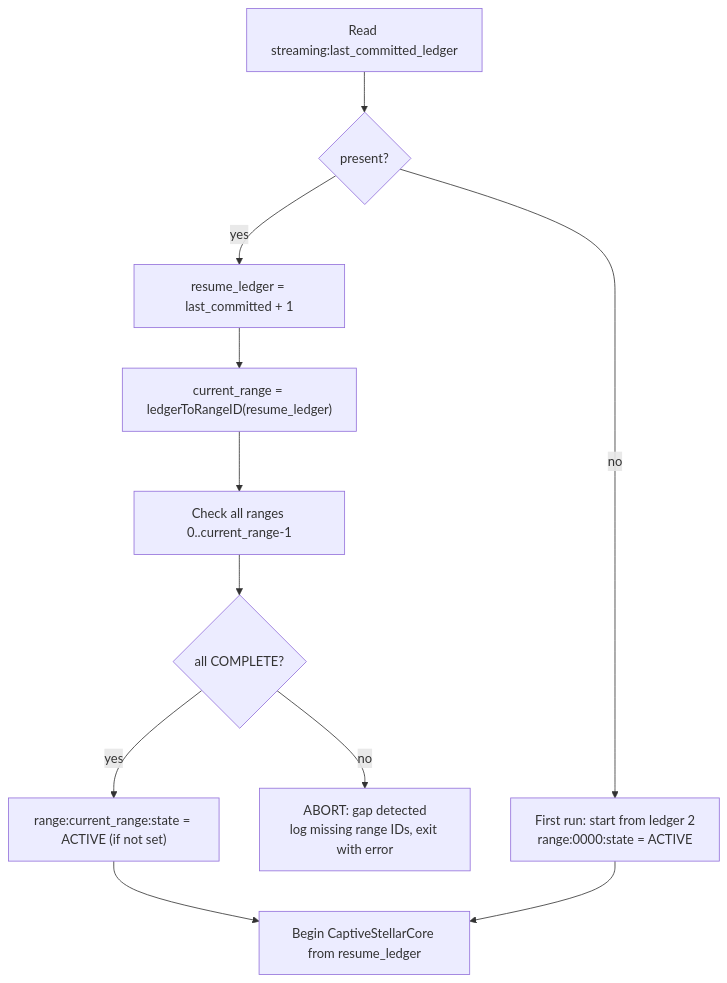
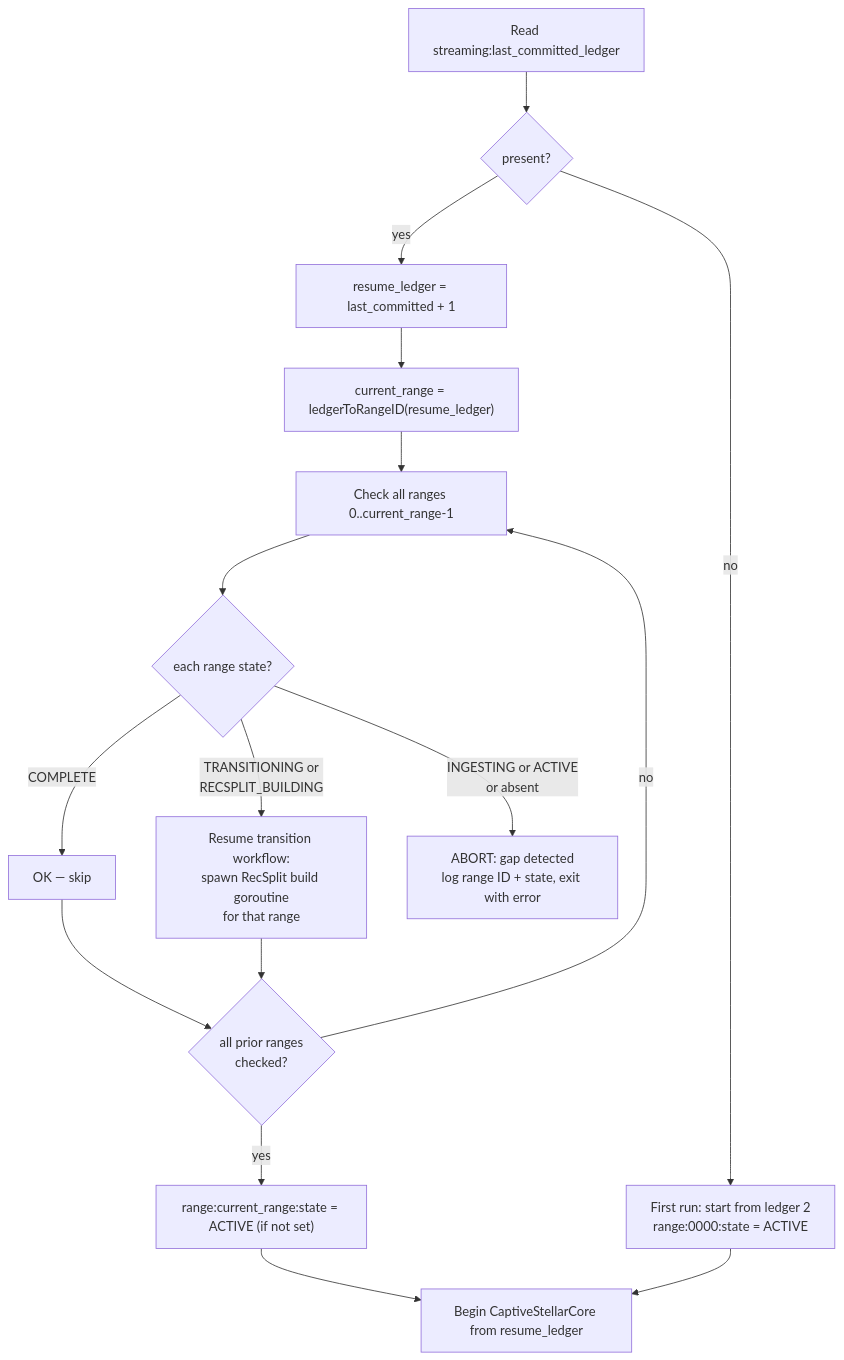
The first of 2 diagrams in design-docs-v2/04-streaming-workflow.md (karthikiyer56/stellar-full-history-ingestion), drawn with Mermaid before and after one commit. The commit also changed other lines of this file and 8 other files, not shown here.

First line of the commit message:
docs: architecture review fixes — atomicity, crash recovery, lifecycle contracts

````diff
--- a/design-docs-v2/04-streaming-workflow.md
+++ b/design-docs-v2/04-streaming-workflow.md
@@ -65,13 +65,18 @@
 ```mermaid
 flowchart TD
     A["Read streaming:last_committed_ledger"] --> B{present?}
     B -->|no| C["First run: start from ledger 2<br/>range:0000:state = ACTIVE"]
     B -->|yes| D["resume_ledger = last_committed + 1"]
     D --> E["current_range = ledgerToRangeID(resume_ledger)"]
     E --> F["Check all ranges 0..current_range-1"]
-    F --> G{all COMPLETE?}
-    G -->|no| H["ABORT: gap detected<br/>log missing range IDs, exit with error"]
-    G -->|yes| I["range:current_range:state = ACTIVE (if not set)"]
-    I --> J["Begin CaptiveStellarCore from resume_ledger"]
+    F --> G{"each range state?"}
+    G -->|COMPLETE| I["OK — skip"]
+    G -->|"TRANSITIONING or<br/>RECSPLIT_BUILDING"| RESUME["Resume transition workflow:<br/>spawn RecSplit build goroutine<br/>for that range"]
+    G -->|"INGESTING or ACTIVE<br/>or absent"| H["ABORT: gap detected<br/>log range ID + state, exit with error"]
+    I --> K{"all prior ranges<br/>checked?"}
+    RESUME --> K
+    K -->|no| F
+    K -->|yes| L["range:current_range:state = ACTIVE (if not set)"]
+    L --> J["Begin CaptiveStellarCore from resume_ledger"]
     C --> J
 ```
````
